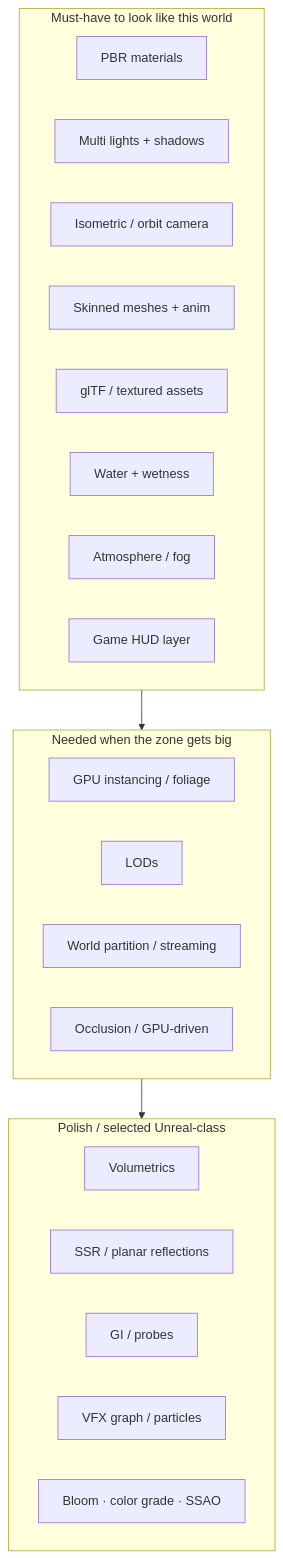
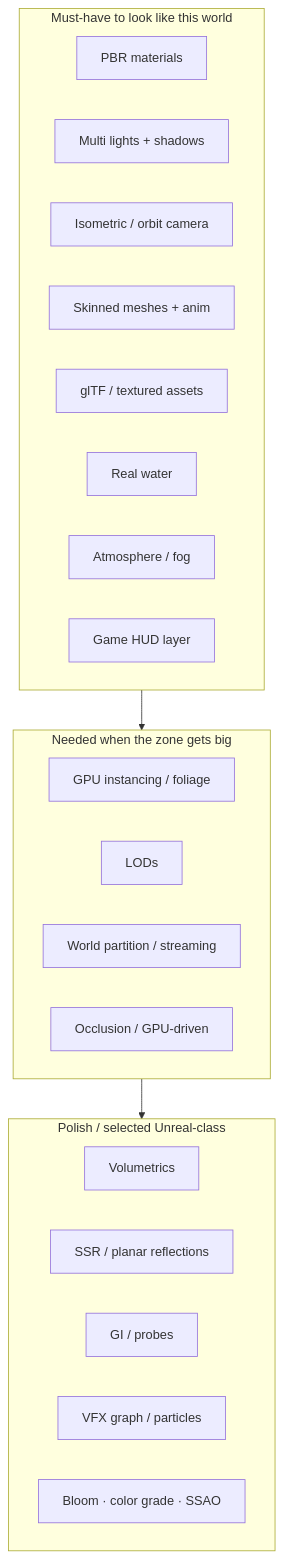
One commit to ReinhardBehrens/shiloh3d changed the diagram in docs/QUALITY_BAR.md. Above: the diagram before and after it, drawn with Mermaid. The commit also changed other lines of this file and 26 other files, not shown here.

````diff
--- a/docs/QUALITY_BAR.md
+++ b/docs/QUALITY_BAR.md
@@ -8,30 +10,30 @@
 ```mermaid
 flowchart TB
   subgraph Must["Must-have to look like this world"]
     PBR[PBR materials]
     LGT[Multi lights + shadows]
     CAM[Isometric / orbit camera]
     SKIN[Skinned meshes + anim]
     GLTF[glTF / textured assets]
-    WATER[Water + wetness]
+    WATER[Real water]
     FOG[Atmosphere / fog]
     UI[Game HUD layer]
   end
 
   subgraph Scale["Needed when the zone gets big"]
     INST[GPU instancing / foliage]
     LOD[LODs]
     STREAM[World partition / streaming]
     CULL[Occlusion / GPU-driven]
   end
 
   subgraph Polish["Polish / selected Unreal-class"]
     VOL[Volumetrics]
     SSR[SSR / planar reflections]
     GI[GI / probes]
     VFX[VFX graph / particles]
     POST[Bloom · color grade · SSAO]
   end
 
   Must --> Scale --> Polish
 ```
````
